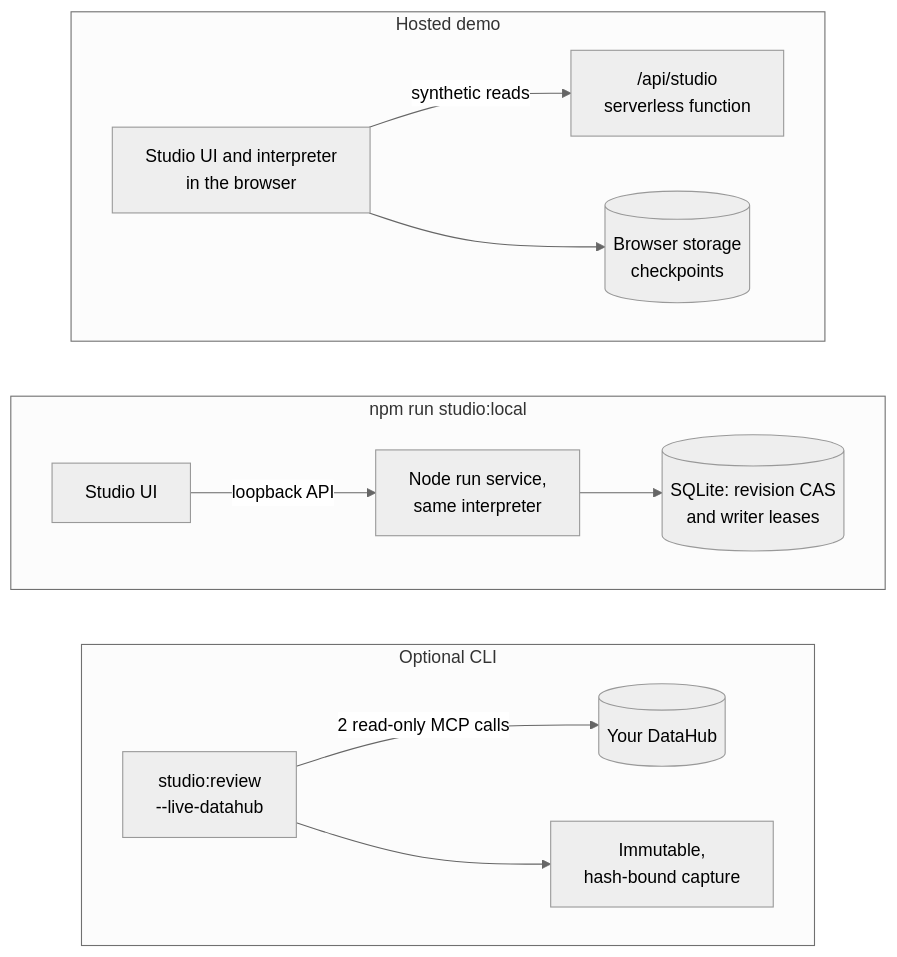
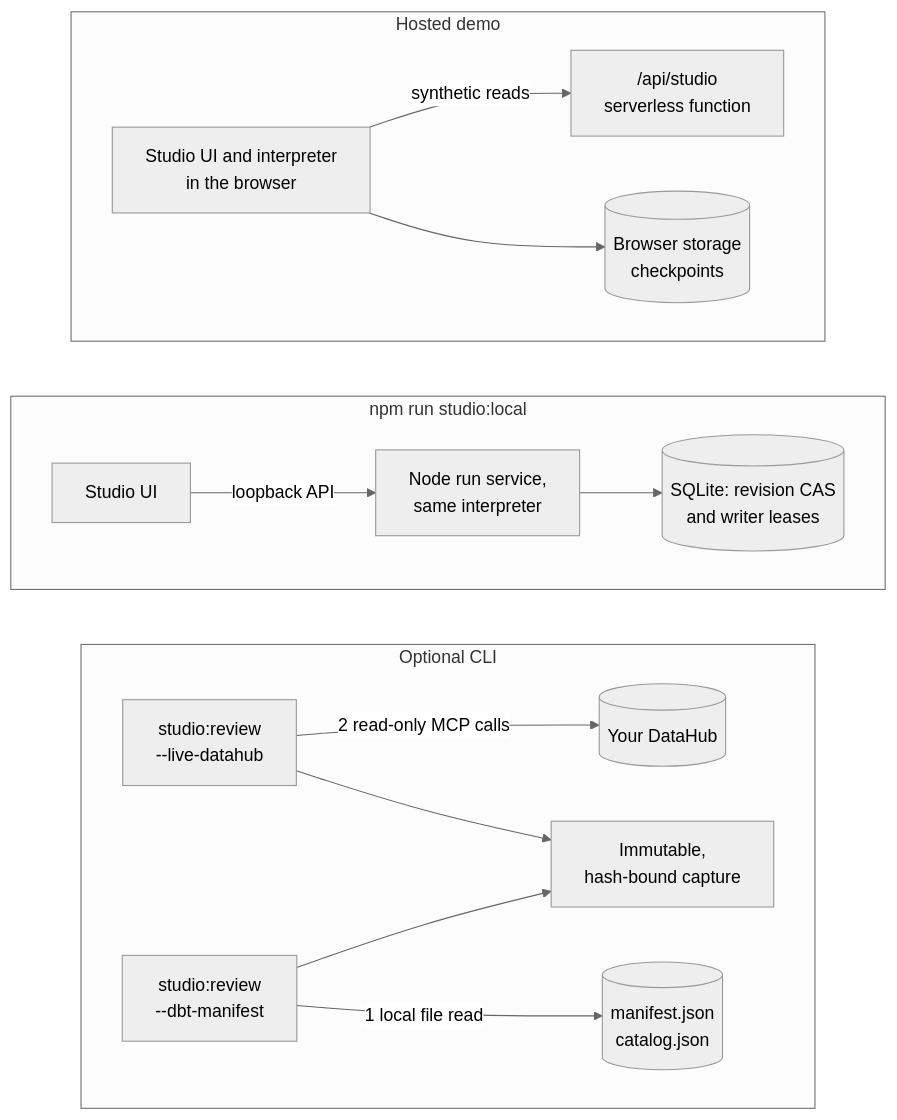
The second of 2 diagrams in docs/ARCHITECTURE.md (ult666666/lineageguard-datahub-agent), drawn with Mermaid (neutral theme) before and after one commit. The commit also changed other lines of this file and 34 other files, not shown here.

````diff
--- a/docs/ARCHITECTURE.md
+++ b/docs/ARCHITECTURE.md
@@ -34,19 +34,21 @@
 ```mermaid
 flowchart TB
   subgraph hosted["Hosted demo"]
     direction LR
     ui1["Studio UI and interpreter<br/>in the browser"] -->|"synthetic reads"| fn["/api/studio<br/>serverless function"]
     ui1 --> ls[("Browser storage<br/>checkpoints")]
   end
   subgraph durable["npm run studio:local"]
     direction LR
     ui2["Studio UI"] -->|"loopback API"| svc["Node run service,<br/>same interpreter"]
     svc --> db[("SQLite: revision CAS<br/>and writer leases")]
   end
   subgraph optional["Optional CLI"]
     direction LR
     cli["studio:review<br/>--live-datahub"] -->|"2 read-only MCP calls"| dh[("Your DataHub")]
     cli --> cap["Immutable,<br/>hash-bound capture"]
+    dbt["studio:review<br/>--dbt-manifest"] -->|"1 local file read"| files[("manifest.json<br/>catalog.json")]
+    dbt --> cap
   end
   hosted ~~~ durable ~~~ optional
 ```
````
